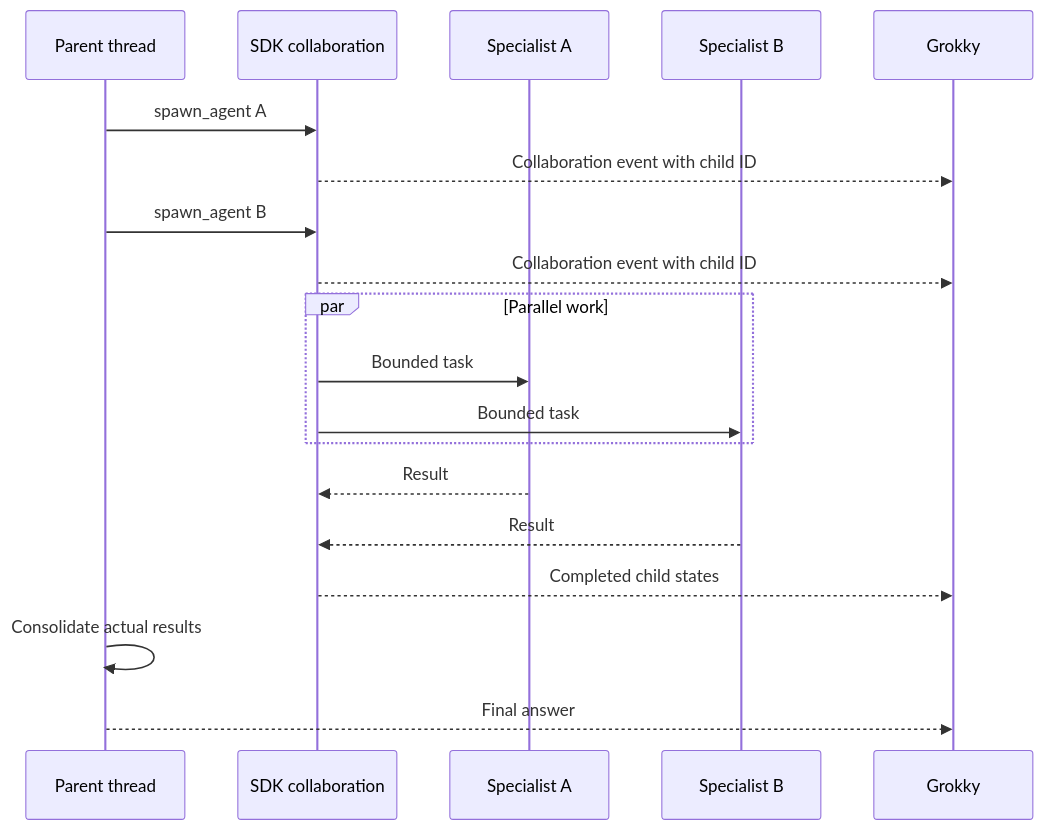
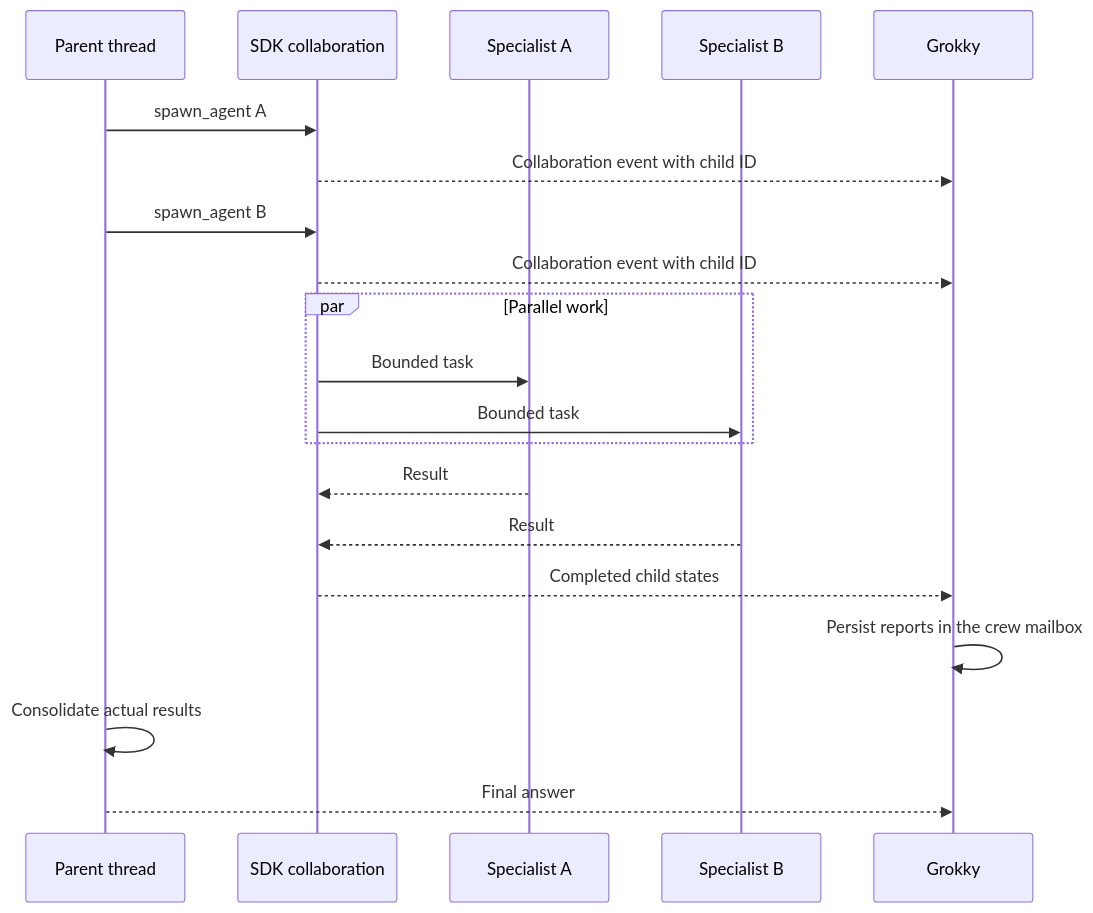
Before and after one commit to ferreiratechnology2025-max/grokky-clean: the third of 3 diagrams in docs/CODEX-SDK.md, drawn with Mermaid. The commit also changed other lines of this file and 22 other files, not shown here.

Commit message:
Add transparent crew communication mailbox

````diff
--- a/docs/CODEX-SDK.md
+++ b/docs/CODEX-SDK.md
@@ -183,22 +187,23 @@
 ```mermaid
 sequenceDiagram
   participant P as Parent thread
   participant S as SDK collaboration
   participant A as Specialist A
   participant B as Specialist B
   participant UI as Grokky
 
   P->>S: spawn_agent A
   S-->>UI: Collaboration event with child ID
   P->>S: spawn_agent B
   S-->>UI: Collaboration event with child ID
   par Parallel work
     S->>A: Bounded task
     S->>B: Bounded task
   end
   A-->>S: Result
   B-->>S: Result
   S-->>UI: Completed child states
+  UI->>UI: Persist reports in the crew mailbox
   P->>P: Consolidate actual results
   P-->>UI: Final answer
 ```
````
